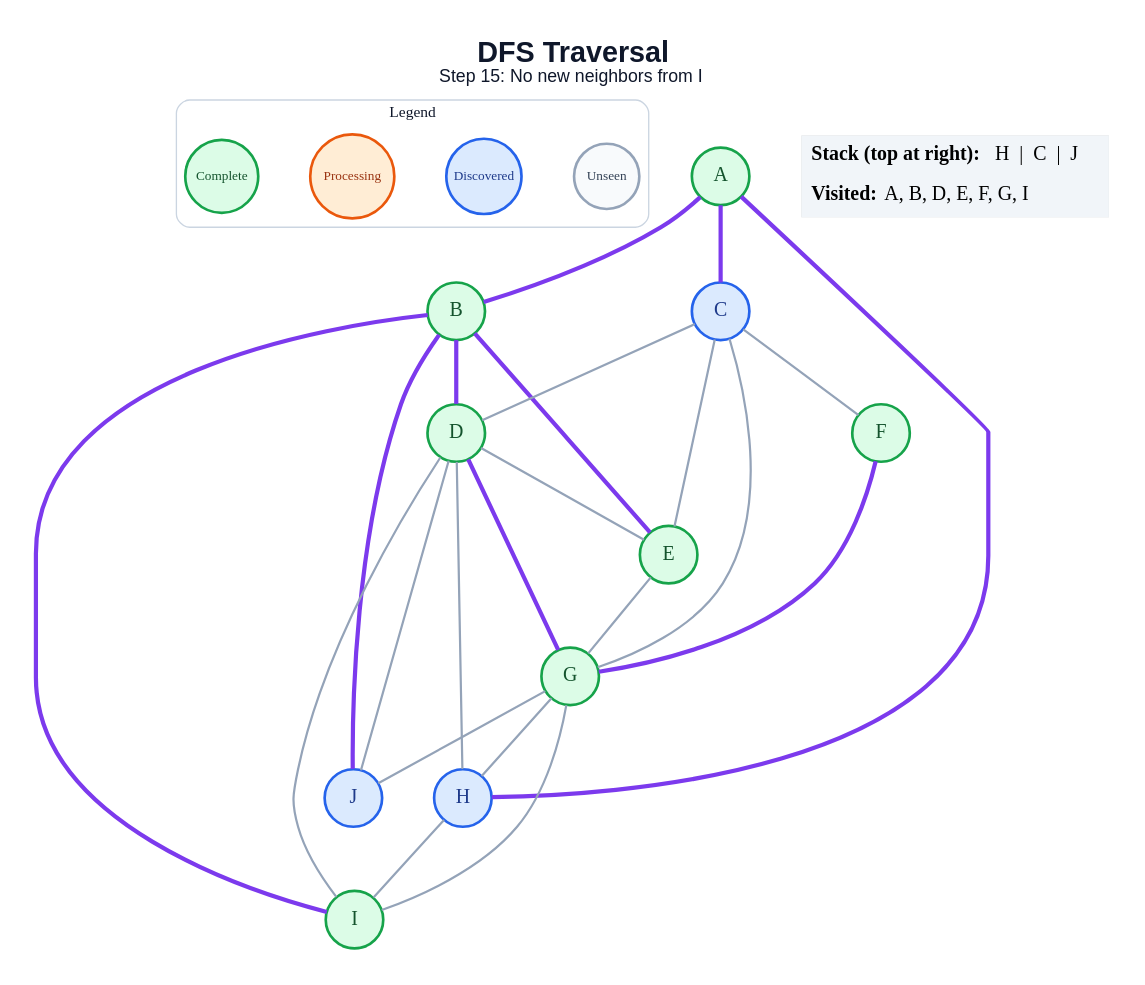
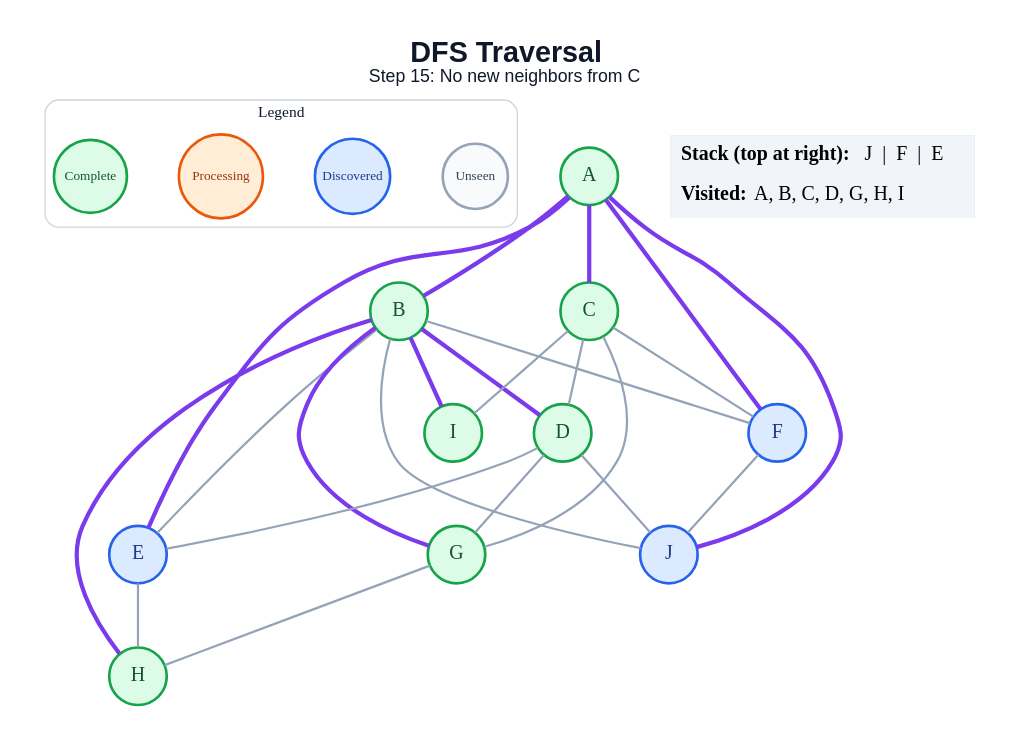
One commit to anon7238593-create/ai-slop changed the diagram in generated/dfs/step_15.dot. Above: the diagram before and after it, drawn with Graphviz. The commit also changed 178 other files, not shown here.

```diff
--- a/generated/dfs/step_15.dot
+++ b/generated/dfs/step_15.dot
@@ -1,51 +1,51 @@
 graph traversal {
   graph [layout=dot, rankdir=TB, bgcolor="#FFFFFF", pad="0.35", nodesep="0.65", ranksep="0.8", fontname="Arial"];
   node [shape=circle, style="filled", fontname="Arial Bold", fontsize=18, width=0.72, fixedsize=true, penwidth=2.4];
   edge [color="#94A3B8", penwidth=2.0];
-  label=<<B>DFS Traversal</B><BR/><FONT POINT-SIZE="16">Step 15: No new neighbors from I</FONT>>; labelloc="t"; fontsize=26; fontname="Arial"; fontcolor="#0F172A";
+  label=<<B>DFS Traversal</B><BR/><FONT POINT-SIZE="16">Step 15: No new neighbors from C</FONT>>; labelloc="t"; fontsize=26; fontname="Arial"; fontcolor="#0F172A";
   subgraph cluster_legend { label="Legend"; color="#CBD5E1"; penwidth=1.2; style="rounded"; fontsize=14; fontname="Arial Bold";
     key_unseen [label="Unseen", fillcolor="#F8FAFC", color="#94A3B8", fontcolor="#334155", fontsize=12, width=0.82];
     key_frontier [label="Discovered", fillcolor="#DBEAFE", color="#2563EB", fontcolor="#1E3A8A", fontsize=12, width=0.95];
     key_current [label="Processing", fillcolor="#FFEDD5", color="#EA580C", fontcolor="#9A3412", fontsize=12, width=1.05];
     key_done [label="Complete", fillcolor="#DCFCE7", color="#16A34A", fontcolor="#14532D", fontsize=12, width=0.92];
     { rank=same; key_unseen; key_frontier; key_current; key_done; }
   }
   A [fillcolor="#DCFCE7", color="#16A34A", fontcolor="#14532D"];
   B [fillcolor="#DCFCE7", color="#16A34A", fontcolor="#14532D"];
-  C [fillcolor="#DBEAFE", color="#2563EB", fontcolor="#1E3A8A"];
+  C [fillcolor="#DCFCE7", color="#16A34A", fontcolor="#14532D"];
   D [fillcolor="#DCFCE7", color="#16A34A", fontcolor="#14532D"];
-  E [fillcolor="#DCFCE7", color="#16A34A", fontcolor="#14532D"];
-  F [fillcolor="#DCFCE7", color="#16A34A", fontcolor="#14532D"];
+  E [fillcolor="#DBEAFE", color="#2563EB", fontcolor="#1E3A8A"];
+  F [fillcolor="#DBEAFE", color="#2563EB", fontcolor="#1E3A8A"];
   G [fillcolor="#DCFCE7", color="#16A34A", fontcolor="#14532D"];
-  H [fillcolor="#DBEAFE", color="#2563EB", fontcolor="#1E3A8A"];
+  H [fillcolor="#DCFCE7", color="#16A34A", fontcolor="#14532D"];
   I [fillcolor="#DCFCE7", color="#16A34A", fontcolor="#14532D"];
   J [fillcolor="#DBEAFE", color="#2563EB", fontcolor="#1E3A8A"];
   A -- B [color="#7C3AED", penwidth=3.8];
   A -- C [color="#7C3AED", penwidth=3.8];
-  A -- H [color="#7C3AED", penwidth=3.8];
+  A -- E [color="#7C3AED", penwidth=3.8];
+  A -- F [color="#7C3AED", penwidth=3.8];
+  A -- J [color="#7C3AED", penwidth=3.8];
   B -- D [color="#7C3AED", penwidth=3.8];
-  B -- E [color="#7C3AED", penwidth=3.8];
+  B -- E;
+  B -- F;
+  B -- G [color="#7C3AED", penwidth=3.8];
+  B -- H [color="#7C3AED", penwidth=3.8];
   B -- I [color="#7C3AED", penwidth=3.8];
-  B -- J [color="#7C3AED", penwidth=3.8];
+  B -- J;
   C -- D;
-  C -- E;
   C -- F;
   C -- G;
+  C -- I;
   D -- E;
-  D -- G [color="#7C3AED", penwidth=3.8];
-  D -- H;
-  D -- I;
+  D -- G;
   D -- J;
-  E -- G;
-  F -- G [color="#7C3AED", penwidth=3.8];
+  E -- H;
+  F -- J;
   G -- H;
-  G -- I;
-  G -- J;
-  H -- I;
   status [shape=plain, fixedsize=false, width=0, height=0, margin=0, label=<
     <TABLE BORDER="0" CELLBORDER="0" CELLPADDING="7" BGCOLOR="#F1F5F9">
-      <TR><TD ALIGN="LEFT"><B>Stack (top at right):</B> H  |  C  |  J</TD></TR>
-      <TR><TD ALIGN="LEFT"><B>Visited:</B> A, B, D, E, F, G, I</TD></TR>
+      <TR><TD ALIGN="LEFT"><B>Stack (top at right):</B> J  |  F  |  E</TD></TR>
+      <TR><TD ALIGN="LEFT"><B>Visited:</B> A, B, C, D, G, H, I</TD></TR>
     </TABLE>
   >];
 }
```
